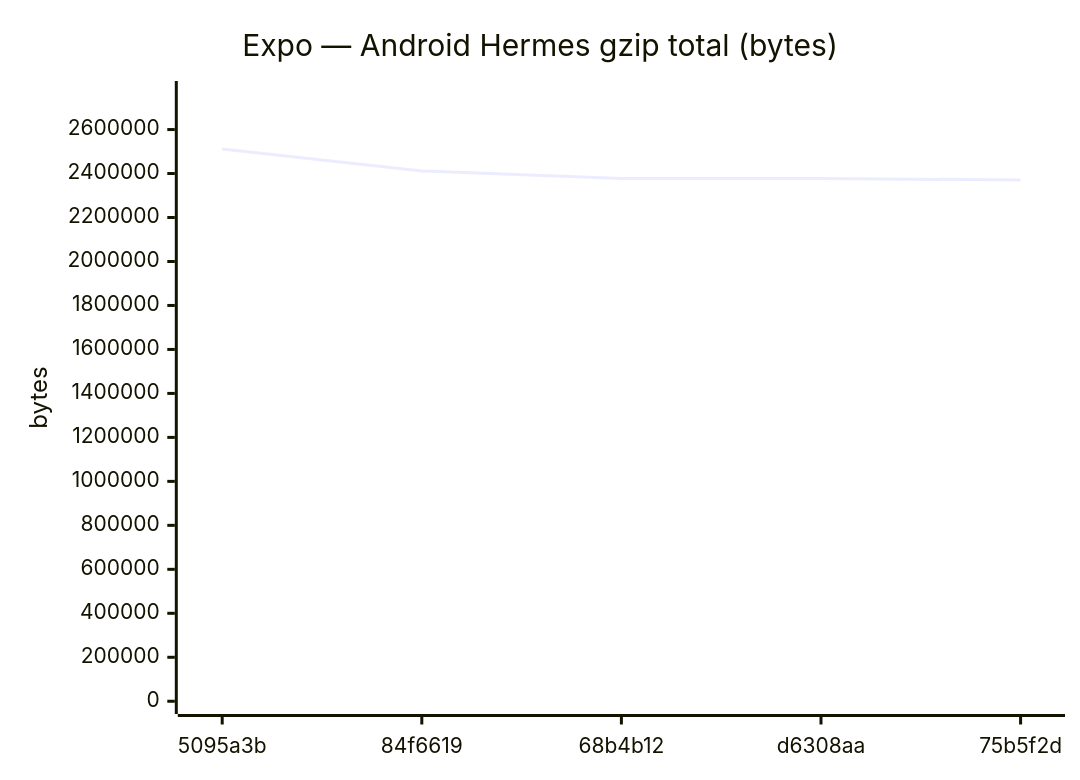
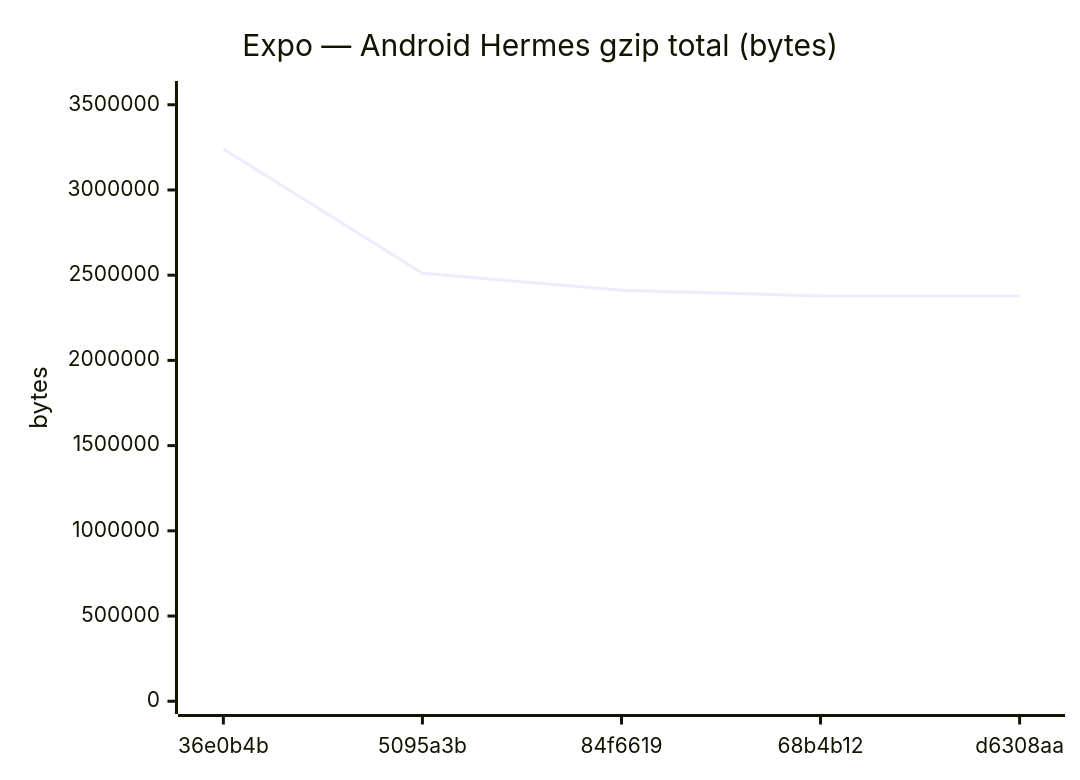
Before and after one commit to Metaheurist/Rianell: diagram 11 of 18 in benchmarks/compare.md, drawn with Mermaid. The commit also changed other lines of this file and 11 other files, not shown here.

````diff
--- a/benchmarks/compare.md
+++ b/benchmarks/compare.md
@@ -172,7 +172,7 @@
 ```mermaid
 xychart-beta
     title "Expo — Android Hermes gzip total (bytes)"
-    x-axis ["5095a3b", "84f6619", "68b4b12", "d6308aa", "75b5f2d"]
-    y-axis "bytes" 0 --> 2762834
-    line [2511667, 2411913, 2377489, 2377488, 2370632]
+    x-axis ["36e0b4b", "5095a3b", "84f6619", "68b4b12", "d6308aa"]
+    y-axis "bytes" 0 --> 3564603
+    line [3240548, 2511667, 2411913, 2377489, 2377488]
 ```
````
